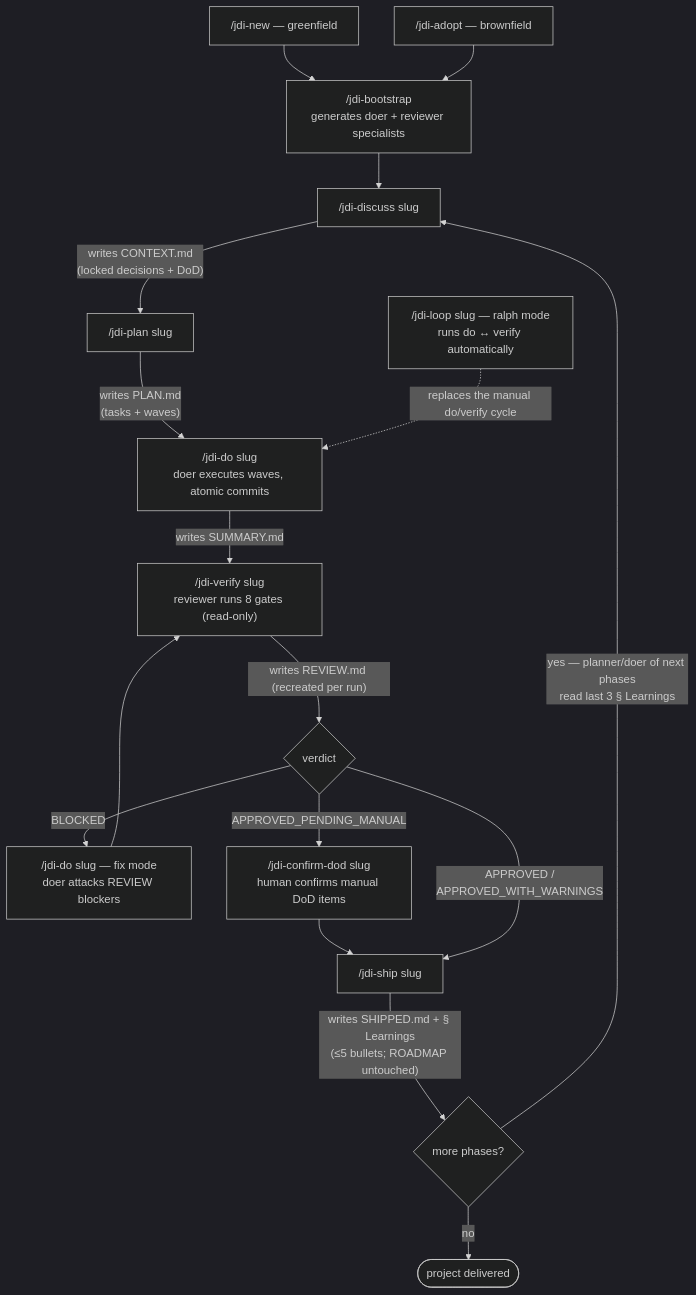
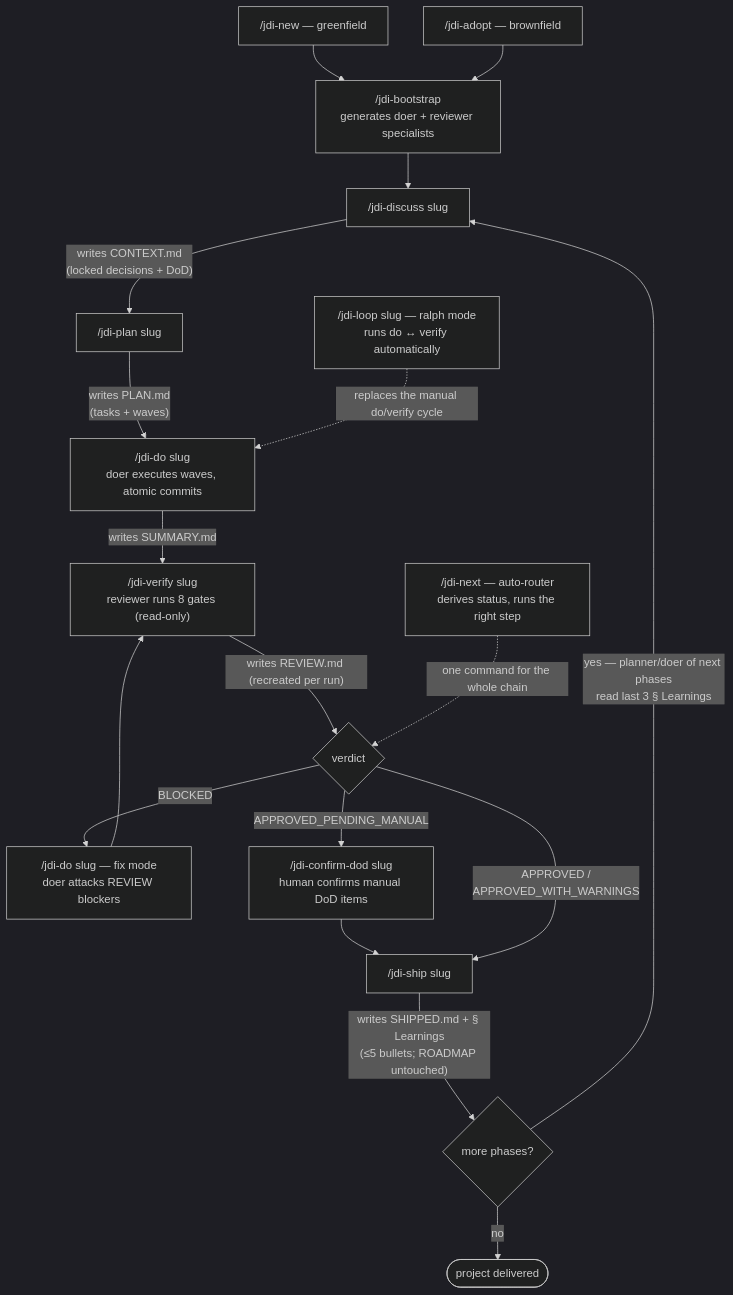
The first of 4 diagrams in README.md (slipalison/jdi-cli), drawn with Mermaid (dark theme) before and after one commit. The commit also changed other lines of this file and 5 other files, not shown here.

First line of the commit message:
docs: sync README/COMMANDS/ARCHITECTURE/CHANGELOG for 0.4.0

````diff
--- a/README.md
+++ b/README.md
@@ -39,23 +41,24 @@
 ```mermaid
 flowchart TD
     new["/jdi-new — greenfield"] --> boot
     adopt["/jdi-adopt — brownfield"] --> boot
     boot["/jdi-bootstrap<br/>generates doer + reviewer specialists"] --> discuss
 
     discuss["/jdi-discuss slug"] -- "writes CONTEXT.md<br/>(locked decisions + DoD)" --> plan
     plan["/jdi-plan slug"] -- "writes PLAN.md<br/>(tasks + waves)" --> do
     do["/jdi-do slug<br/>doer executes waves, atomic commits"] -- "writes SUMMARY.md" --> verify
     verify["/jdi-verify slug<br/>reviewer runs 8 gates (read-only)"] -- "writes REVIEW.md (recreated per run)" --> v{verdict}
 
     v -- "BLOCKED" --> fix["/jdi-do slug — fix mode<br/>doer attacks REVIEW blockers"]
     fix --> verify
     v -- "APPROVED_PENDING_MANUAL" --> dod["/jdi-confirm-dod slug<br/>human confirms manual DoD items"]
     dod --> ship
     v -- "APPROVED /<br/>APPROVED_WITH_WARNINGS" --> ship
 
     ship["/jdi-ship slug"] -- "writes SHIPPED.md + § Learnings<br/>(≤5 bullets; ROADMAP untouched)" --> more{"more phases?"}
     more -- "yes — planner/doer of next phases<br/>read last 3 § Learnings" --> discuss
     more -- "no" --> done(["project delivered"])
 
     loop["/jdi-loop slug — ralph mode<br/>runs do ↔ verify automatically"] -.replaces the manual do/verify cycle.-> do
+    jnext["/jdi-next — auto-router<br/>derives status, runs the right step"] -.one command for the whole chain.-> v
 ```
````
